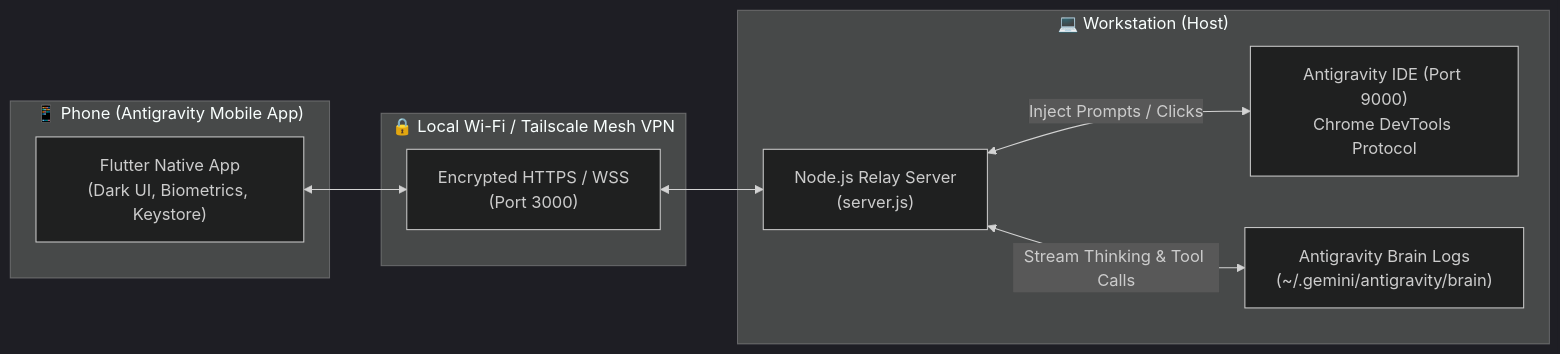
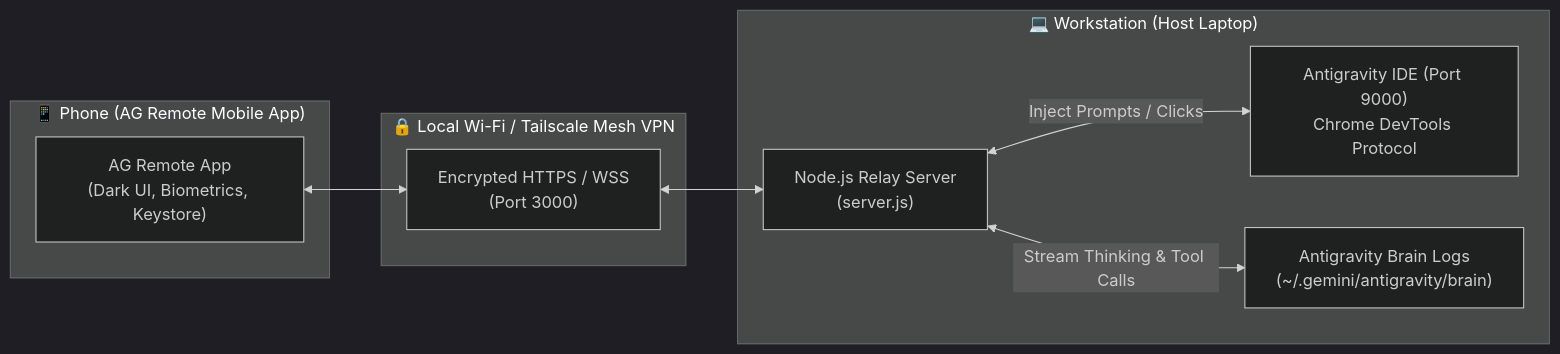
One commit to sumitchourasiya5509/antigravity-relay-server changed the diagram in README.md. Above: the diagram before and after it, drawn with Mermaid (dark theme). The commit also changed other lines of this file, not shown here.

Commit message:
docs: update README with AG Remote branding and Play Store setup instructions

````diff
--- a/README.md
+++ b/README.md
@@ -36,21 +36,21 @@
 ```mermaid
 graph LR
-    subgraph MobileDevice ["📱 Phone (Antigravity Mobile App)"]
-        FlutterApp["Flutter Native App<br/>(Dark UI, Biometrics, Keystore)"]
+    subgraph MobileDevice ["📱 Phone (AG Remote Mobile App)"]
+        FlutterApp["AG Remote App<br/>(Dark UI, Biometrics, Keystore)"]
     end
 
     subgraph Network ["🔒 Local Wi-Fi / Tailscale Mesh VPN"]
         Tunnel["Encrypted HTTPS / WSS<br/>(Port 3000)"]
     end
 
-    subgraph HostPC ["💻 Workstation (Host)"]
+    subgraph HostPC ["💻 Workstation (Host Laptop)"]
         Relay["Node.js Relay Server<br/>(server.js)"]
         CDP["Antigravity IDE (Port 9000)<br/>Chrome DevTools Protocol"]
         Brain["Antigravity Brain Logs<br/>(~/.gemini/antigravity/brain)"]
     end
 
     FlutterApp <--> Tunnel
     Tunnel <--> Relay
     Relay <-->|"Inject Prompts / Clicks"| CDP
     Relay <-->|"Stream Thinking & Tool Calls"| Brain
 ```
````
